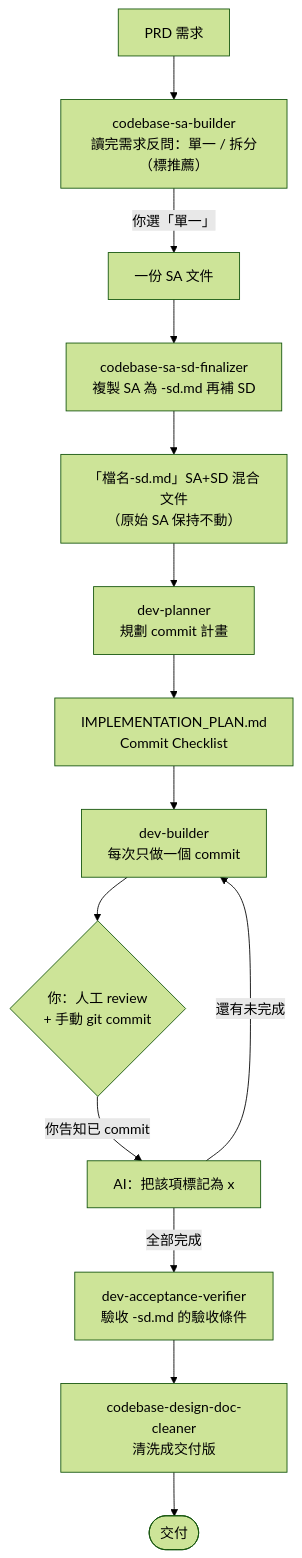
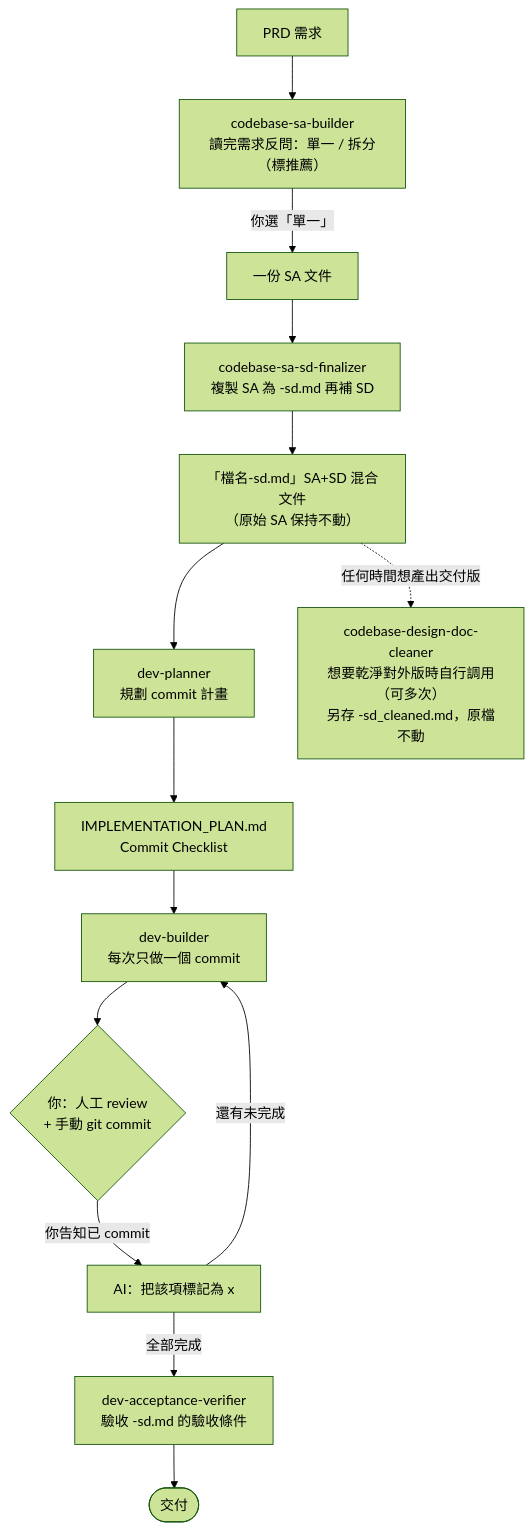
One commit to asd880921/spec-flow changed the second of 4 diagrams in README.md. Above: the diagram before and after it, drawn with Mermaid (forest theme). The commit also changed other lines of this file and 3 other files, not shown here.

````diff
--- a/README.md
+++ b/README.md
@@ -69,16 +69,17 @@
 ```mermaid
 flowchart TD
     PRD[PRD 需求] --> SAB["codebase-sa-builder<br/>讀完需求反問：單一 / 拆分（標推薦）"]
     SAB -->|你選「單一」| SA[一份 SA 文件]
     SA --> FIN["codebase-sa-sd-finalizer<br/>複製 SA 為 -sd.md 再補 SD"]
     FIN --> SD["「檔名-sd.md」SA+SD 混合文件<br/>（原始 SA 保持不動）"]
     SD --> PLAN["dev-planner<br/>規劃 commit 計畫"]
     PLAN --> IMP["IMPLEMENTATION_PLAN.md<br/>Commit Checklist"]
     IMP --> BUILD["dev-builder<br/>每次只做一個 commit"]
     BUILD --> REVIEW{"你：人工 review<br/> + 手動 git commit"}
     REVIEW -->|你告知已 commit| MARK["AI：把該項標記為 x"]
     MARK -->|還有未完成| BUILD
     MARK -->|全部完成| VERIFY["dev-acceptance-verifier<br/>驗收 -sd.md 的驗收條件"]
-    VERIFY --> CLEAN["codebase-design-doc-cleaner<br/>清洗成交付版"]
-    CLEAN --> DONE([交付])
+    VERIFY --> DONE([交付])
+    CLEAN["codebase-design-doc-cleaner<br/>想要乾淨對外版時自行調用（可多次）<br/>另存 -sd_cleaned.md，原檔不動"]
+    SD -. 任何時間想產出交付版 .-> CLEAN
 ```
````
